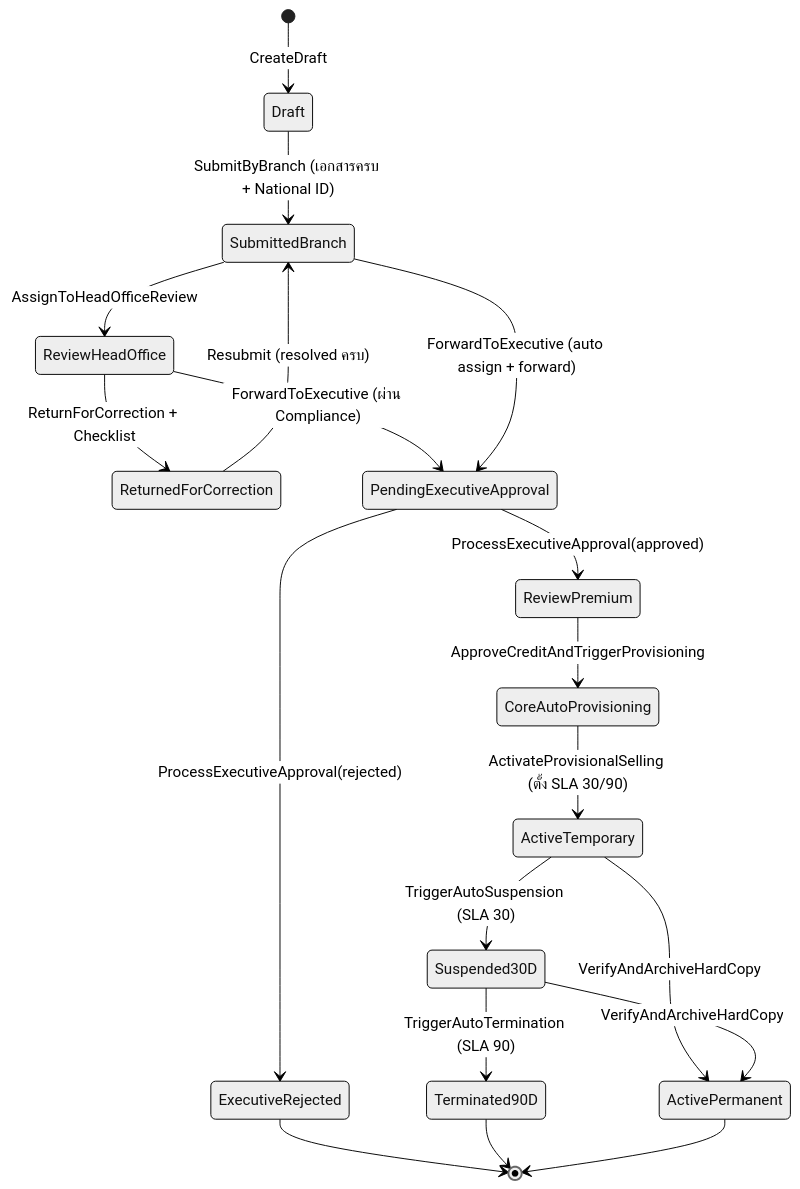
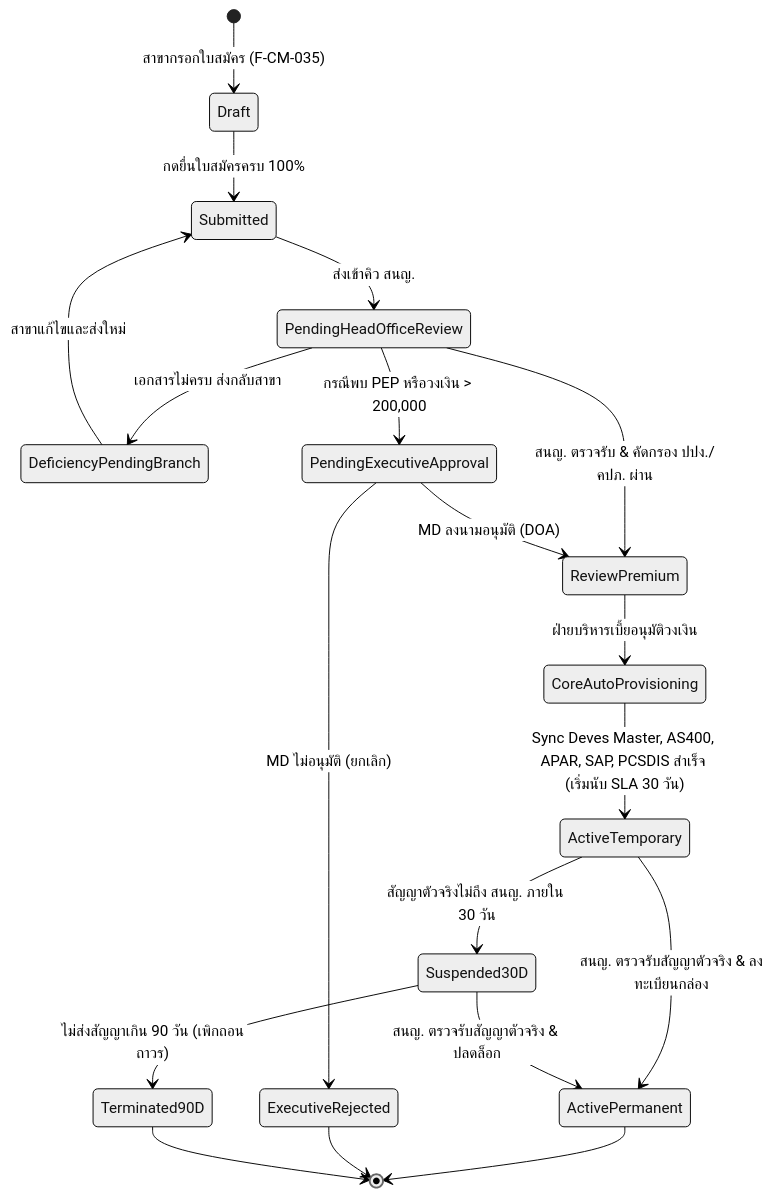
One commit to Nineteens19/DVS_ManagedAgentBroker changed the fourth of 5 diagrams in F-BP-009_AgentManagement_Analysis.md. Above: the diagram before and after it, drawn with Mermaid (neutral theme). The commit also changed other lines of this file and 54 other files, not shown here.

````diff
--- a/F-BP-009_AgentManagement_Analysis.md
+++ b/F-BP-009_AgentManagement_Analysis.md
@@ -266,21 +341,28 @@
 ```mermaid
 stateDiagram-v2
-    [*] --> Draft: CreateDraft
-    Draft --> SubmittedBranch: SubmitByBranch (เอกสารครบ + National ID)
-    ReturnedForCorrection --> SubmittedBranch: Resubmit (resolved ครบ)
-    SubmittedBranch --> ReviewHeadOffice: AssignToHeadOfficeReview
-    ReviewHeadOffice --> ReturnedForCorrection: ReturnForCorrection + Checklist
-    ReviewHeadOffice --> PendingExecutiveApproval: ForwardToExecutive (ผ่าน Compliance)
-    SubmittedBranch --> PendingExecutiveApproval: ForwardToExecutive (auto assign + forward)
-    PendingExecutiveApproval --> ReviewPremium: ProcessExecutiveApproval(approved)
-    PendingExecutiveApproval --> ExecutiveRejected: ProcessExecutiveApproval(rejected)
-    ReviewPremium --> CoreAutoProvisioning: ApproveCreditAndTriggerProvisioning
-    CoreAutoProvisioning --> ActiveTemporary: ActivateProvisionalSelling (ตั้ง SLA 30/90)
-    ActiveTemporary --> ActivePermanent: VerifyAndArchiveHardCopy
-    ActiveTemporary --> Suspended30D: TriggerAutoSuspension (SLA 30)
-    Suspended30D --> ActivePermanent: VerifyAndArchiveHardCopy
-    Suspended30D --> Terminated90D: TriggerAutoTermination (SLA 90)
+    [*] --> Draft: สาขากรอกใบสมัคร (F-CM-035)
+    Draft --> Submitted: กดยื่นใบสมัครครบ 100%
+    
+    Submitted --> PendingHeadOfficeReview: ส่งเข้าคิว สนญ.
+    PendingHeadOfficeReview --> DeficiencyPendingBranch: เอกสารไม่ครบ ส่งกลับสาขา
+    DeficiencyPendingBranch --> Submitted: สาขาแก้ไขและส่งใหม่
+    
+    PendingHeadOfficeReview --> ReviewPremium: สนญ. ตรวจรับ & คัดกรอง ปปง./คปภ. ผ่าน
+    PendingHeadOfficeReview --> PendingExecutiveApproval: กรณีพบ PEP หรือวงเงิน > 200,000
+    
+    PendingExecutiveApproval --> ReviewPremium: MD ลงนามอนุมัติ (DOA)
+    PendingExecutiveApproval --> ExecutiveRejected: MD ไม่อนุมัติ (ยกเลิก)
+    
+    ReviewPremium --> CoreAutoProvisioning: ฝ่ายบริหารเบี้ยอนุมัติวงเงิน
+    CoreAutoProvisioning --> ActiveTemporary: Sync Deves Master, AS400, APAR, SAP, PCSDIS สำเร็จ (เริ่มนับ SLA 30 วัน)
+    
+    ActiveTemporary --> Suspended30D: สัญญาตัวจริงไม่ถึง สนญ. ภายใน 30 วัน
+    Suspended30D --> Terminated90D: ไม่ส่งสัญญาเกิน 90 วัน (เพิกถอนถาวร)
+    
+    ActiveTemporary --> ActivePermanent: สนญ. ตรวจรับสัญญาตัวจริง & ลงทะเบียนกล่อง
+    Suspended30D --> ActivePermanent: สนญ. ตรวจรับสัญญาตัวจริง & ปลดล็อก
+    
+    ActivePermanent --> [*]
     ExecutiveRejected --> [*]
     Terminated90D --> [*]
-    ActivePermanent --> [*]
 ```
````
